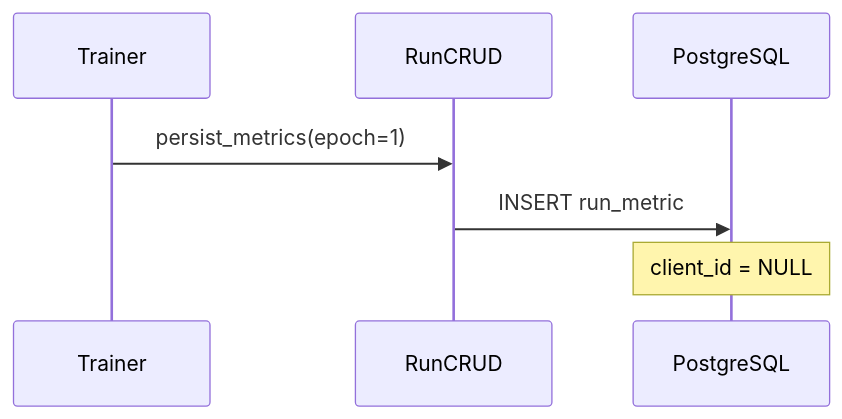
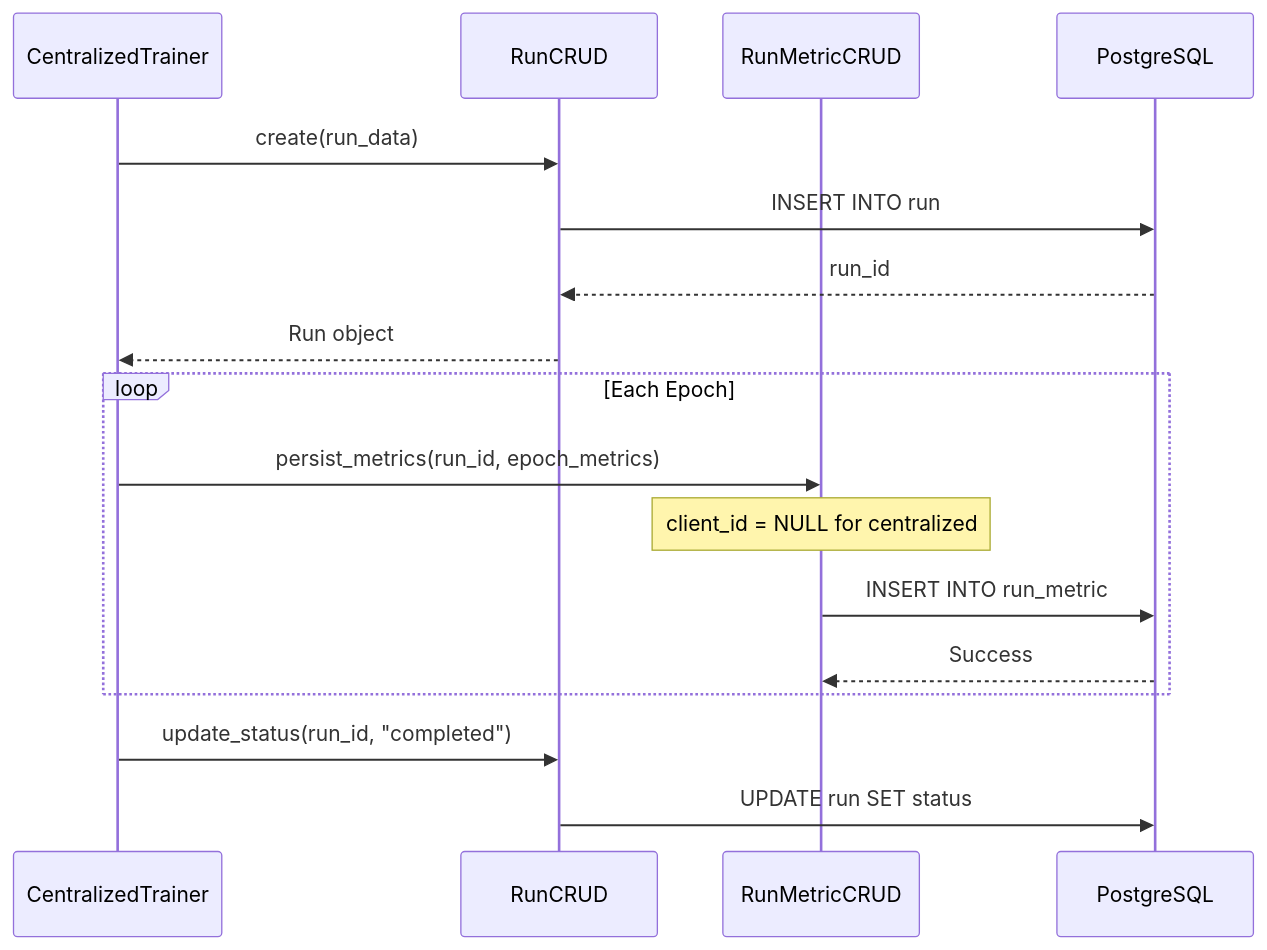
One commit to h19overflow/federated_learning changed the fifth of 8 diagrams in federated_pneumonia_detection/src/boundary/README.md. Above: the diagram before and after it, drawn with Mermaid. The commit also changed other lines of this file and 8 other files, not shown here.

````diff
--- a/federated_pneumonia_detection/src/boundary/README.md
+++ b/federated_pneumonia_detection/src/boundary/README.md
@@ -147,10 +249,22 @@
 ```mermaid
 sequenceDiagram
-    participant T as Trainer
-    participant C as RunCRUD
+    participant Trainer as CentralizedTrainer
+    participant RunDAO as RunCRUD
+    participant MetricDAO as RunMetricCRUD
     participant DB as PostgreSQL
 
-    T->>C: persist_metrics(epoch=1)
-    C->>DB: INSERT run_metric
-    Note over DB: client_id = NULL
+    Trainer->>RunDAO: create(run_data)
+    RunDAO->>DB: INSERT INTO run
+    DB-->>RunDAO: run_id
+    RunDAO-->>Trainer: Run object
+
+    loop Each Epoch
+        Trainer->>MetricDAO: persist_metrics(run_id, epoch_metrics)
+        Note over MetricDAO: client_id = NULL for centralized
+        MetricDAO->>DB: INSERT INTO run_metric
+        DB-->>MetricDAO: Success
+    end
+
+    Trainer->>RunDAO: update_status(run_id, "completed")
+    RunDAO->>DB: UPDATE run SET status
 ```
````
